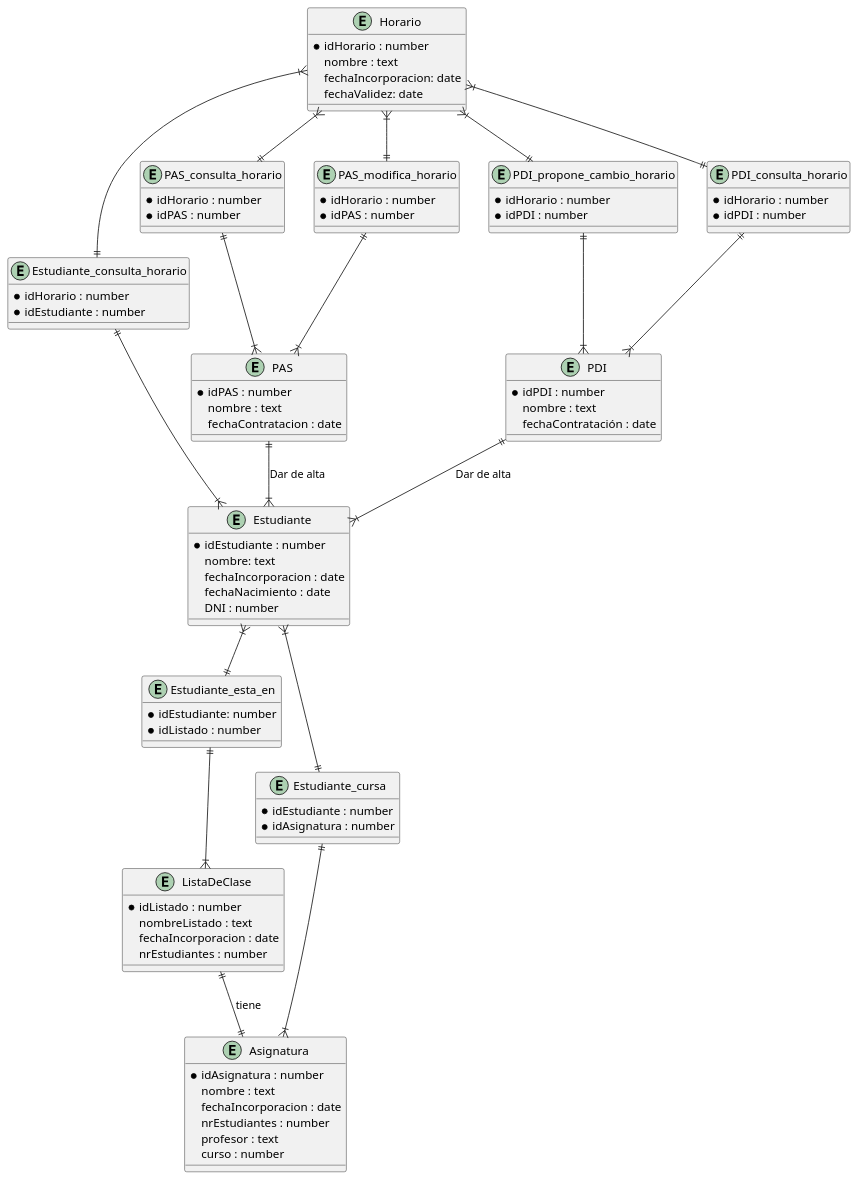
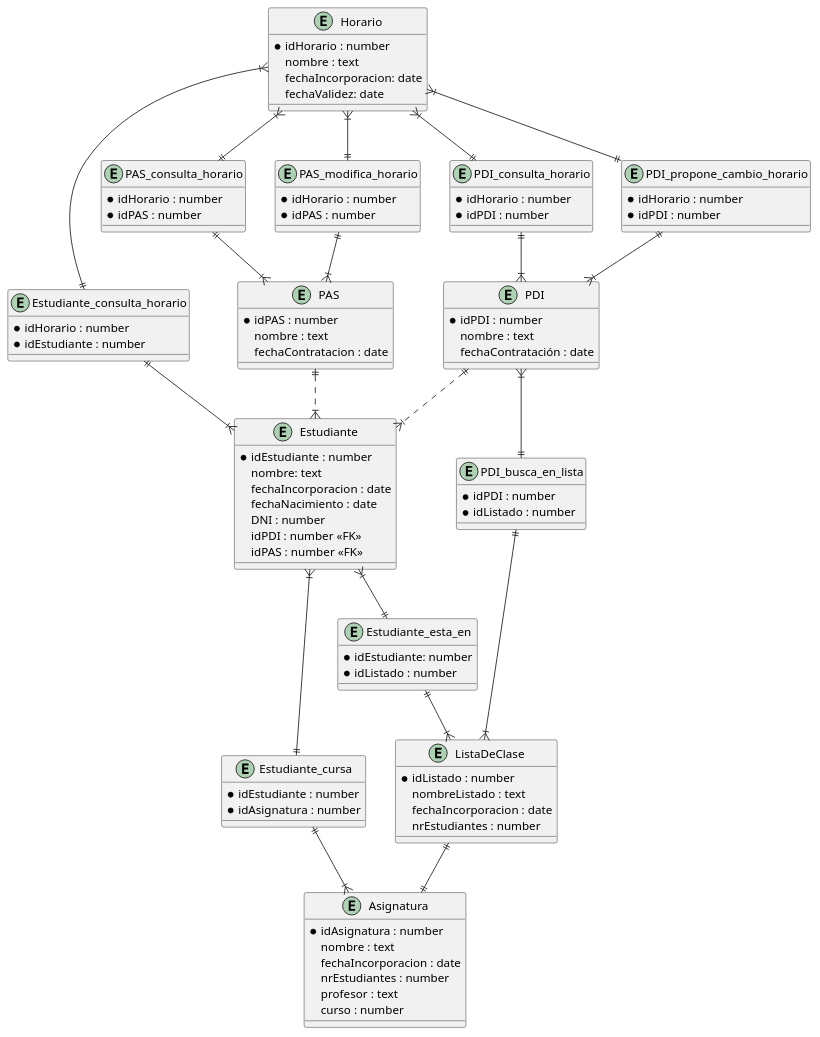
Before and after one commit to it557/INRE-UAL-BLANCO-2022: the diagram in lab1/src/supuesto1E-R.puml, drawn with PlantUML.

Commit message:
Diagrama E-R supuesto 1 terminado

```diff
--- a/lab1/src/supuesto1E-R.puml
+++ b/lab1/src/supuesto1E-R.puml
@@ -1,111 +1,125 @@
 @startuml supuesto1E-R
 
 entity "Horario" as Horario{
     * idHorario : number
     nombre : text
     fechaIncorporacion: date
     fechaValidez: date
 }
 
 entity "Estudiante" as Estudiante{
     * idEstudiante : number
     nombre: text
     fechaIncorporacion : date
     fechaNacimiento : date
     DNI : number
+    idPDI : number <<FK>>
+    idPAS : number <<FK>>
 }
 
 entity "ListaDeClase" as ListaDeClase{
     * idListado : number
     nombreListado : text
     fechaIncorporacion : date
     nrEstudiantes : number
 }
 
 entity "Asignatura" as Asignatura{
     * idAsignatura : number
     nombre : text
     fechaIncorporacion : date
     nrEstudiantes : number
     profesor : text
     curso : number
 }
 
 entity "PDI" as PDI{
     * idPDI : number
     nombre : text
     fechaContratación : date
 }
 
 entity "PAS" as PAS{
     * idPAS : number
     nombre : text
     fechaContratacion : date
 }
 
 entity "Estudiante_consulta_horario" as ECH{
     * idHorario : number
     * idEstudiante : number
 }
 Horario }|--|| ECH
 ECH ||--|{ Estudiante
 
 entity "PAS_consulta_horario" as PCH{
     * idHorario : number
     * idPAS : number
 }
 Horario }|--|| PCH
 PCH ||--|{ PAS
 
 entity "PDI_consulta_horario" as PDICH{
     * idHorario : number
     * idPDI : number
 }
 Horario }|--|| PDICH
 PDICH ||--|{ PDI
 
 entity "PAS_modifica_horario" as PASmodH{
     * idHorario : number
     * idPAS : number
 }
 Horario }|--|| PASmodH
 PASmodH ||--|{ PAS
 
 entity "PDI_propone_cambio_horario" as PDIprop{
     * idHorario : number
     * idPDI : number
 }
 Horario }|--|| PDIprop
 PDIprop ||--|{ PDI
 
 entity "Estudiante_esta_en" as EEE{
     * idEstudiante: number
     * idListado : number
 }
 Estudiante }|--|| EEE
 EEE ||--|{ ListaDeClase
 
 entity "Estudiante_cursa" as EC{
     * idEstudiante : number
     * idAsignatura : number
 }
 Estudiante }|--|| EC
 EC ||--|{ Asignatura
 
-ListaDeClase ||--|| Asignatura : tiene
+ListaDeClase ||--|| Asignatura
 
-PDI ||--|{ Estudiante : Dar de alta
-PAS ||--|{ Estudiante : Dar de alta
+PDI ||..|{ Estudiante
+PAS ||..|{ Estudiante
+
+entity "PDI_busca_en_lista" as pbl{
+    * idPDI : number
+    * idListado : number
+}
+PDI }|--|| pbl
+pbl ||--|{ ListaDeClase
+
+
+
+
+
 
 
 
 
 
 
 
 
 
 
 
 
 @enduml
```
